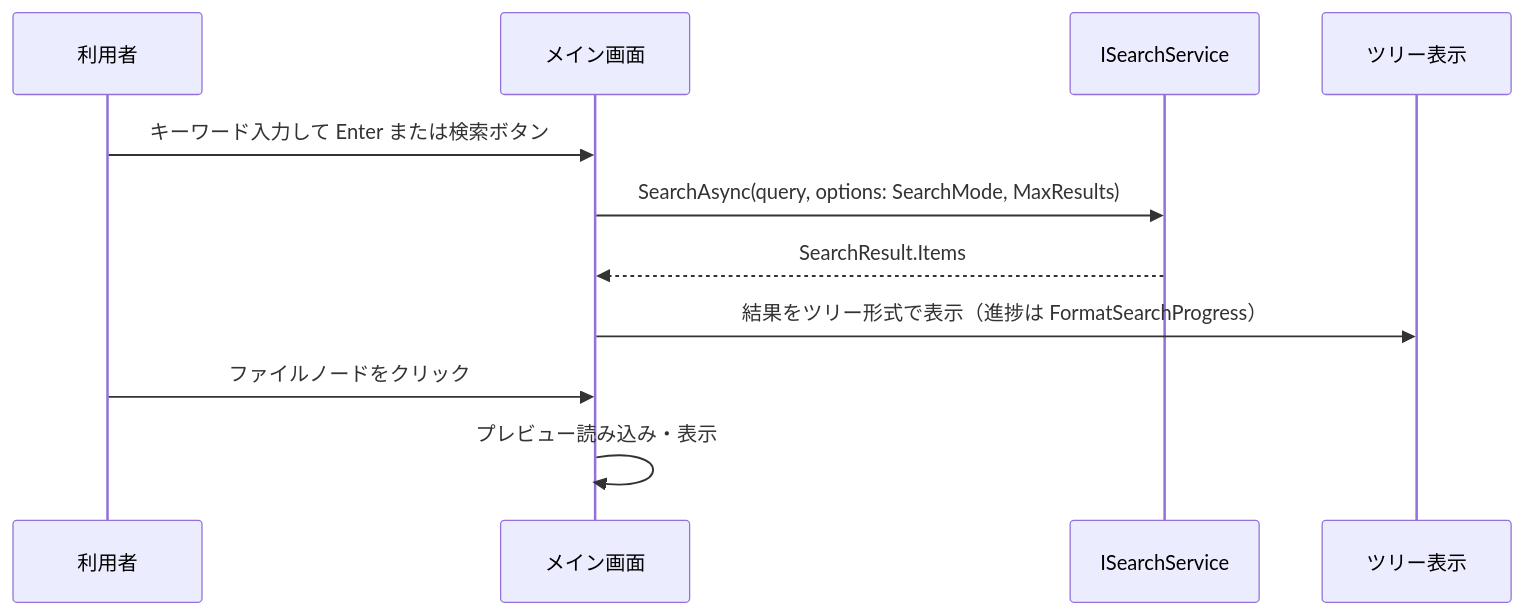
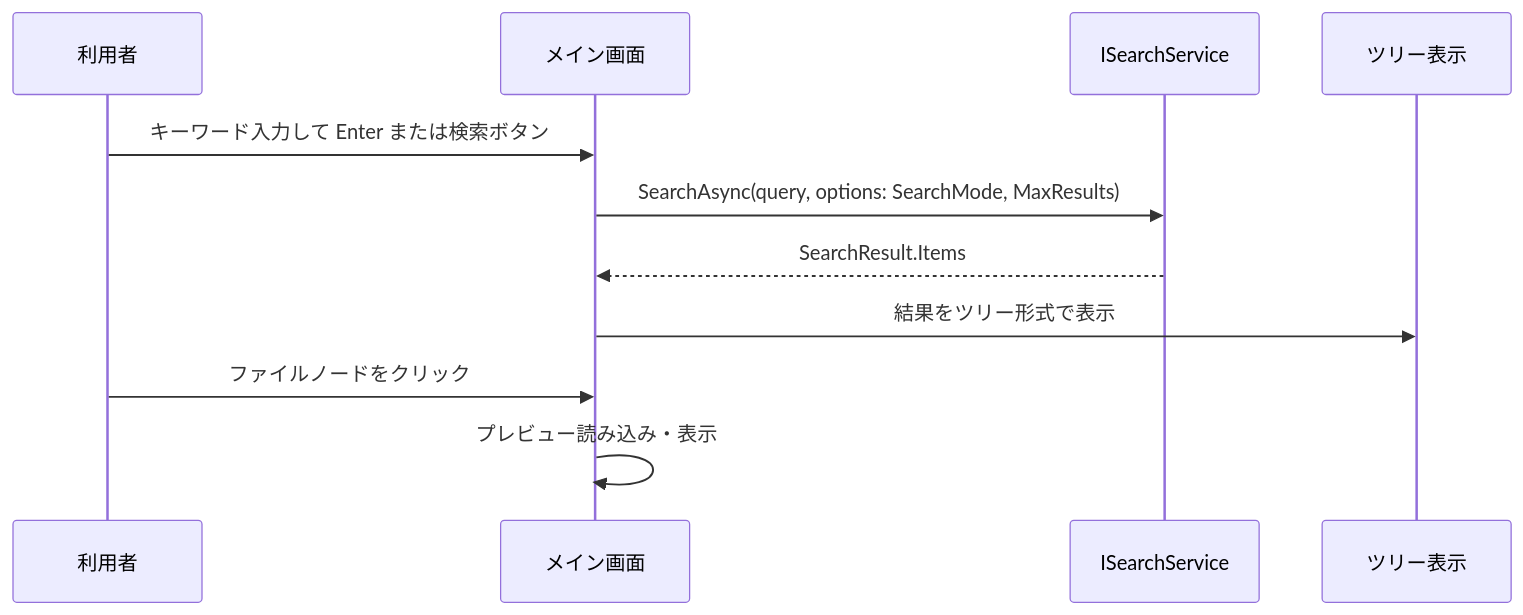
Before and after one commit to zndmonya-dot/FileSearchApp-: the third of 3 diagrams in docs/外部設計.md, drawn with Mermaid. The commit also changed other lines of this file and 12 other files, not shown here.

````diff
--- a/docs/外部設計.md
+++ b/docs/外部設計.md
@@ -158,13 +164,13 @@
 ```mermaid
 sequenceDiagram
   participant User as 利用者
   participant UI as メイン画面
   participant Search as ISearchService
   participant Tree as ツリー表示
   User->>UI: キーワード入力して Enter または検索ボタン
   UI->>Search: SearchAsync(query, options: SearchMode, MaxResults)
   Search-->>UI: SearchResult.Items
-  UI->>Tree: 結果をツリー形式で表示（進捗は FormatSearchProgress）
+  UI->>Tree: 結果をツリー形式で表示
   User->>UI: ファイルノードをクリック
   UI->>UI: プレビュー読み込み・表示
 ```
````
